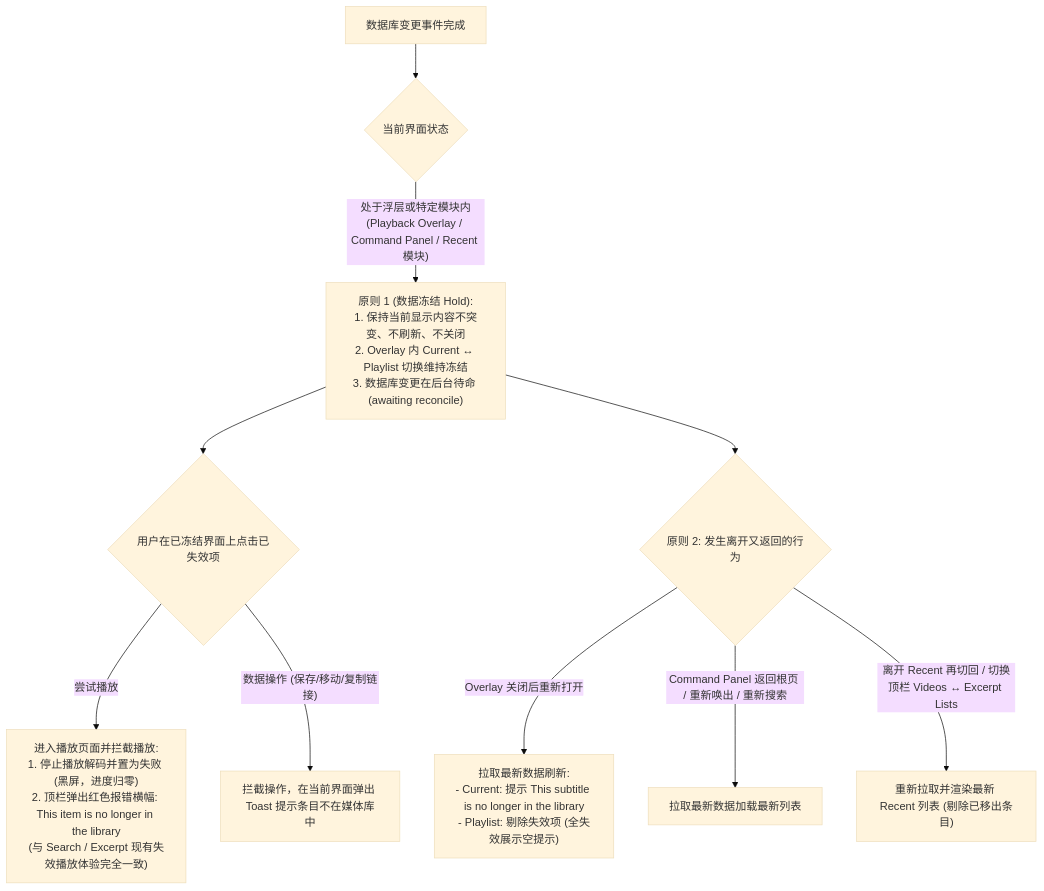
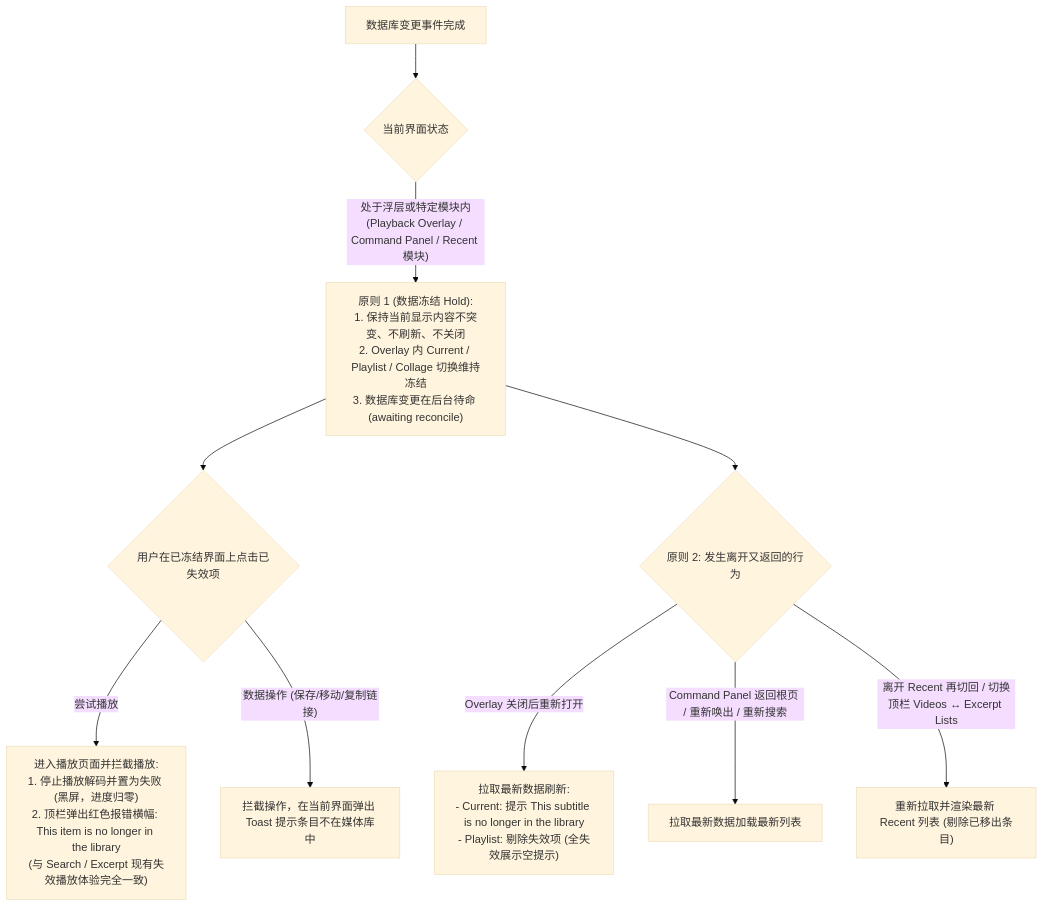
Before and after one commit to weiyunjun/cueseeker: the third of 4 diagrams in docs/human/design/playback/Playback Edge Cases.md, drawn with Mermaid (base theme). The commit also changed other lines of this file and 12 other files, not shown here.

````diff
--- a/docs/human/design/playback/Playback Edge Cases.md
+++ b/docs/human/design/playback/Playback Edge Cases.md
@@ -75,15 +75,15 @@
 ```mermaid
 flowchart TD
     DBChange["数据库变更事件完成"] --> SurfaceCheck{"当前界面状态"}
 
-    SurfaceCheck -- "处于浮层或特定模块内<br>(Playback Overlay / Command Panel / Recent 模块)" --> HoldState["原则 1 (数据冻结 Hold):<br>1. 保持当前显示内容不突变、不刷新、不关闭<br>2. Overlay 内 Current ↔ Playlist 切换维持冻结<br>3. 数据库变更在后台待命 (awaiting reconcile)"]
+    SurfaceCheck -- "处于浮层或特定模块内<br>(Playback Overlay / Command Panel / Recent 模块)" --> HoldState["原则 1 (数据冻结 Hold):<br>1. 保持当前显示内容不突变、不刷新、不关闭<br>2. Overlay 内 Current / Playlist / Collage 切换维持冻结<br>3. 数据库变更在后台待命 (awaiting reconcile)"]
 
     HoldState --> StaleClick{"用户在已冻结界面上点击已失效项"}
     StaleClick -- "尝试播放" --> InterceptPlay["进入播放页面并拦截播放:<br>1. 停止播放解码并置为失败 (黑屏，进度归零)<br>2. 顶栏弹出红色报错横幅: This item is no longer in the library<br>(与 Search / Excerpt 现有失效播放体验完全一致)"]
     StaleClick -- "数据操作 (保存/移动/复制链接)" --> InterceptAction["拦截操作，在当前界面弹出 Toast 提示条目不在媒体库中"]
 
     HoldState --> CrossBoundary{"原则 2: 发生离开又返回的行为"}
     CrossBoundary -- "Overlay 关闭后重新打开" --> ReconcileOverlay["拉取最新数据刷新:<br>- Current: 提示 This subtitle is no longer in the library<br>- Playlist: 剔除失效项 (全失效展示空提示)"]
     CrossBoundary -- "Command Panel 返回根页 / 重新唤出 / 重新搜索" --> ReconcileCP["拉取最新数据加载最新列表"]
     CrossBoundary -- "离开 Recent 再切回 / 切换顶栏 Videos ↔ Excerpt Lists" --> ReconcileRecent["重新拉取并渲染最新 Recent 列表 (剔除已移出条目)"]
 ```
````
